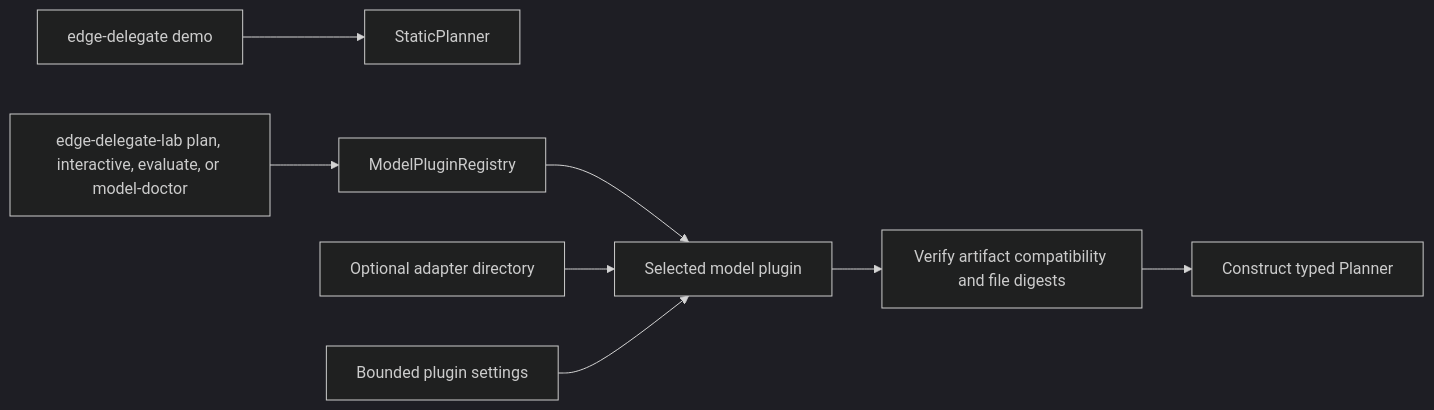
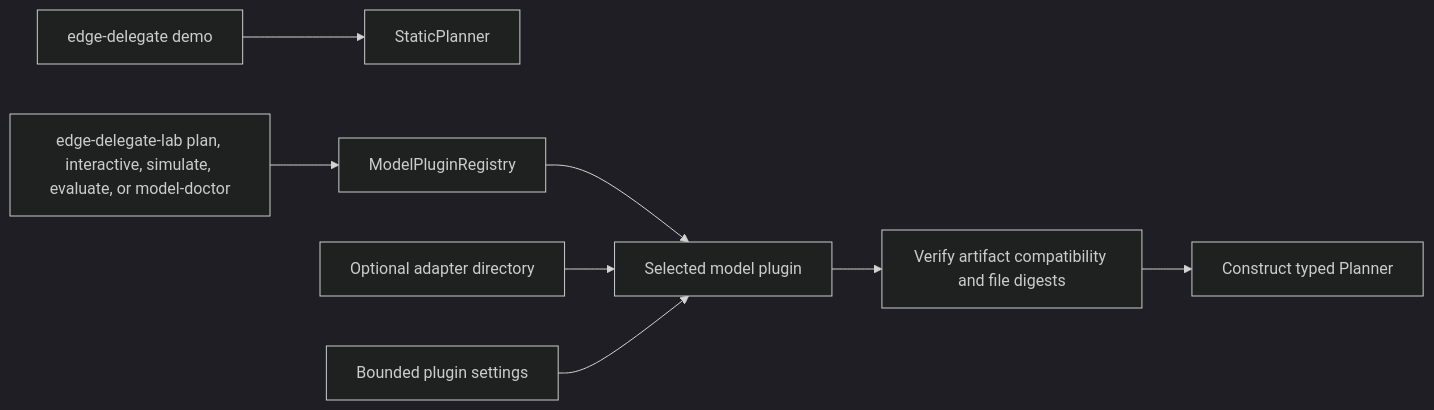
The first of 3 diagrams in docs/system-architecture.md (takuphilchan/edge-delegate), drawn with Mermaid (dark theme) before and after one commit. The commit also changed other lines of this file and 141 other files, not shown here.

````diff
--- a/docs/system-architecture.md
+++ b/docs/system-architecture.md
@@ -48,11 +75,11 @@
 ```mermaid
 flowchart LR
     Demo[edge-delegate demo] --> Static[StaticPlanner]
 
-    Lab[edge-delegate-lab plan, interactive, evaluate, or model-doctor] --> Registry[ModelPluginRegistry]
+    Lab[edge-delegate-lab plan, interactive, simulate, evaluate, or model-doctor] --> Registry[ModelPluginRegistry]
     Registry --> Plugin[Selected model plugin]
     Artifact[Optional adapter directory] --> Plugin
     Settings[Bounded plugin settings] --> Plugin
     Plugin --> Verify[Verify artifact compatibility and file digests]
     Verify --> Planner[Construct typed Planner]
 ```
````
